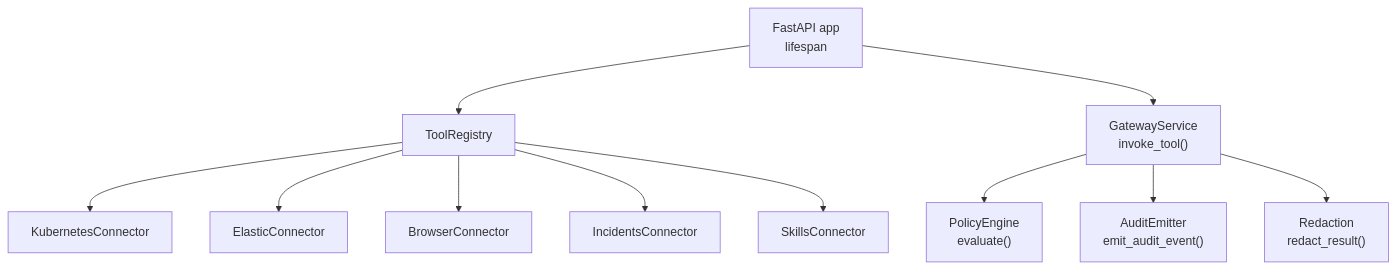
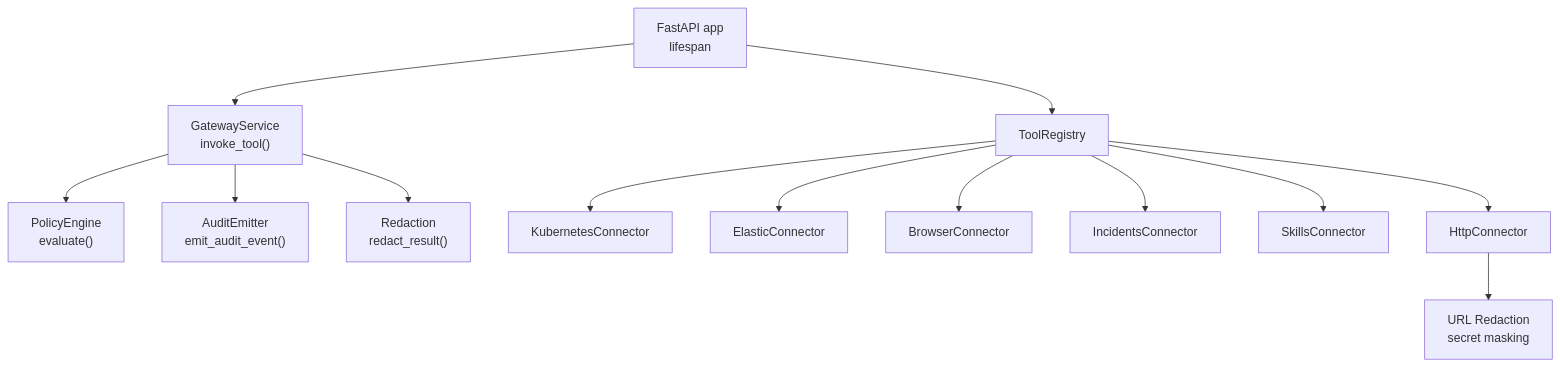
The first of 10 diagrams in .qoder/repowiki/en/content/Core Services/Tool Gateway/Tool Gateway.md (metasync/luban-aiops), drawn with Mermaid before and after one commit. The commit also changed other lines of this file and 102 other files, not shown here.

````diff
--- a/.qoder/repowiki/en/content/Core Services/Tool Gateway/Tool Gateway.md
+++ b/.qoder/repowiki/en/content/Core Services/Tool Gateway/Tool Gateway.md
@@ -47,13 +60,15 @@
 ```mermaid
 graph TB
 A["FastAPI app<br/>lifespan"] --> B["ToolRegistry"]
 A --> C["GatewayService<br/>invoke_tool()"]
 C --> D["PolicyEngine<br/>evaluate()"]
 C --> E["AuditEmitter<br/>emit_audit_event()"]
 C --> F["Redaction<br/>redact_result()"]
 B --> G["KubernetesConnector"]
 B --> H["ElasticConnector"]
 B --> I["BrowserConnector"]
 B --> J["IncidentsConnector"]
 B --> K["SkillsConnector"]
+B --> L["HttpConnector"]
+L --> M["URL Redaction<br/>secret masking"]
 ```
````
